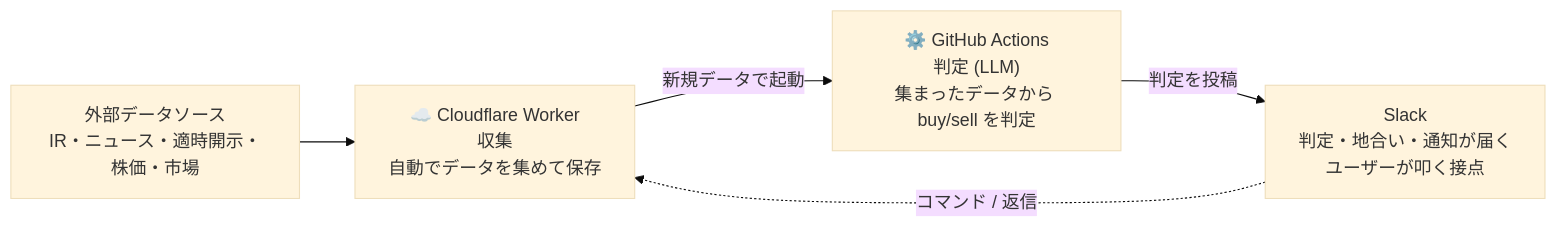
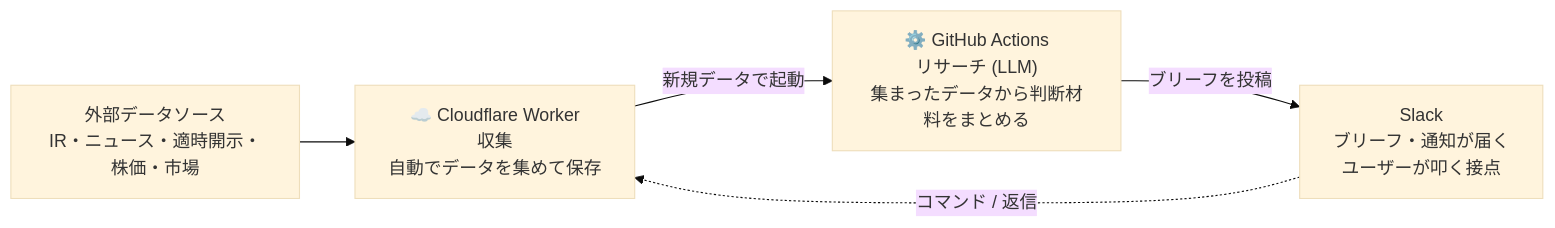
One commit to omni-stove/stock-signals changed the diagram in README.md. Above: the diagram before and after it, drawn with Mermaid (base theme). The commit also changed other lines of this file and 58 other files, not shown here.

````diff
--- a/README.md
+++ b/README.md
@@ -22,12 +22,12 @@
 ```mermaid
 flowchart LR
     EXT["外部データソース<br/>IR・ニュース・適時開示・株価・市場"]
     CLOUD["☁️ Cloudflare Worker<br/>収集<br/>自動でデータを集めて保存"]
-    GHA["⚙️ GitHub Actions<br/>判定 (LLM)<br/>集まったデータから buy/sell を判定"]
-    SLACK["Slack<br/>判定・地合い・通知が届く<br/>ユーザーが叩く接点"]
+    GHA["⚙️ GitHub Actions<br/>リサーチ (LLM)<br/>集まったデータから判断材料をまとめる"]
+    SLACK["Slack<br/>ブリーフ・通知が届く<br/>ユーザーが叩く接点"]
 
     EXT --> CLOUD
     CLOUD -->|新規データで起動| GHA
-    GHA -->|判定を投稿| SLACK
+    GHA -->|ブリーフを投稿| SLACK
     SLACK -.->|コマンド / 返信| CLOUD
 ```
````
